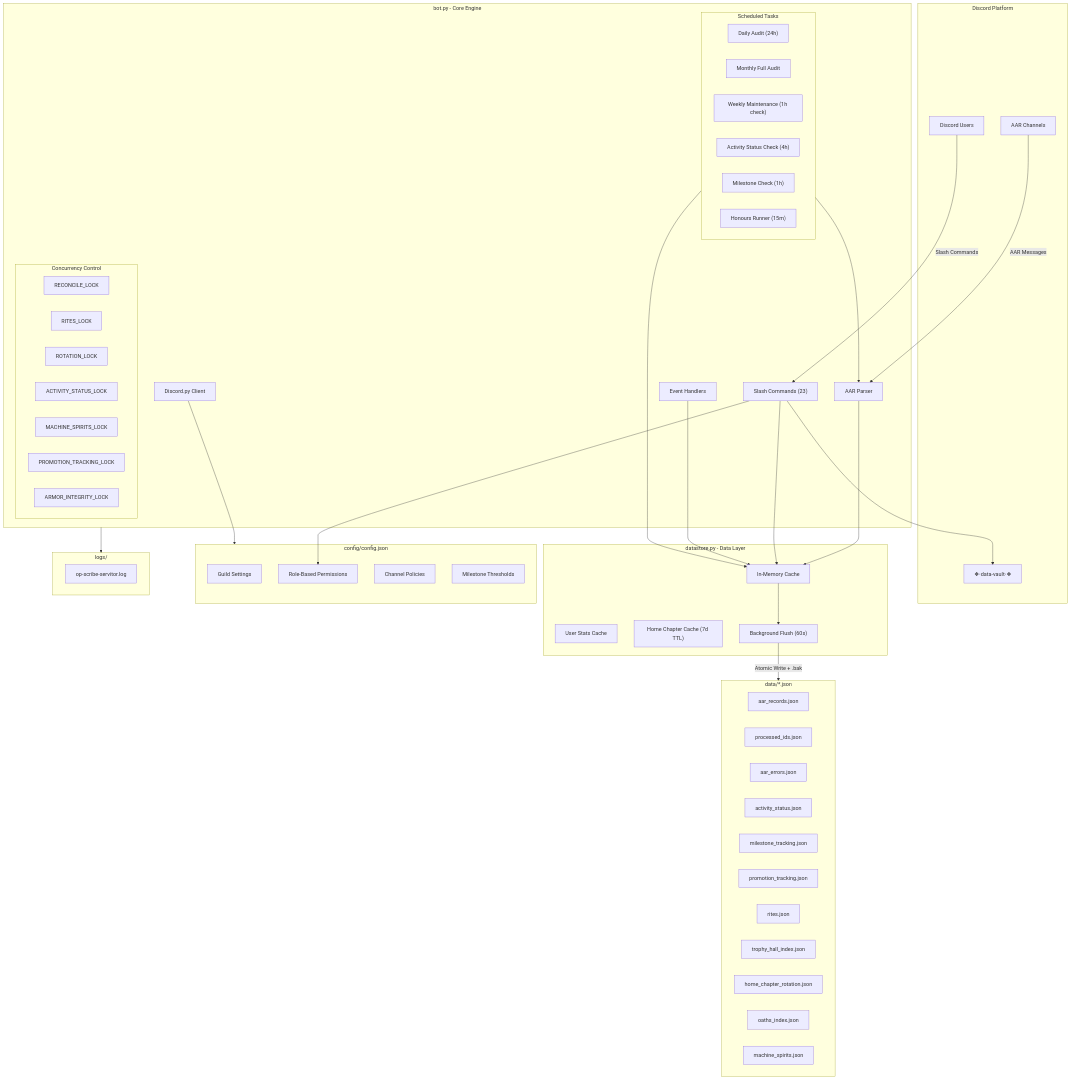
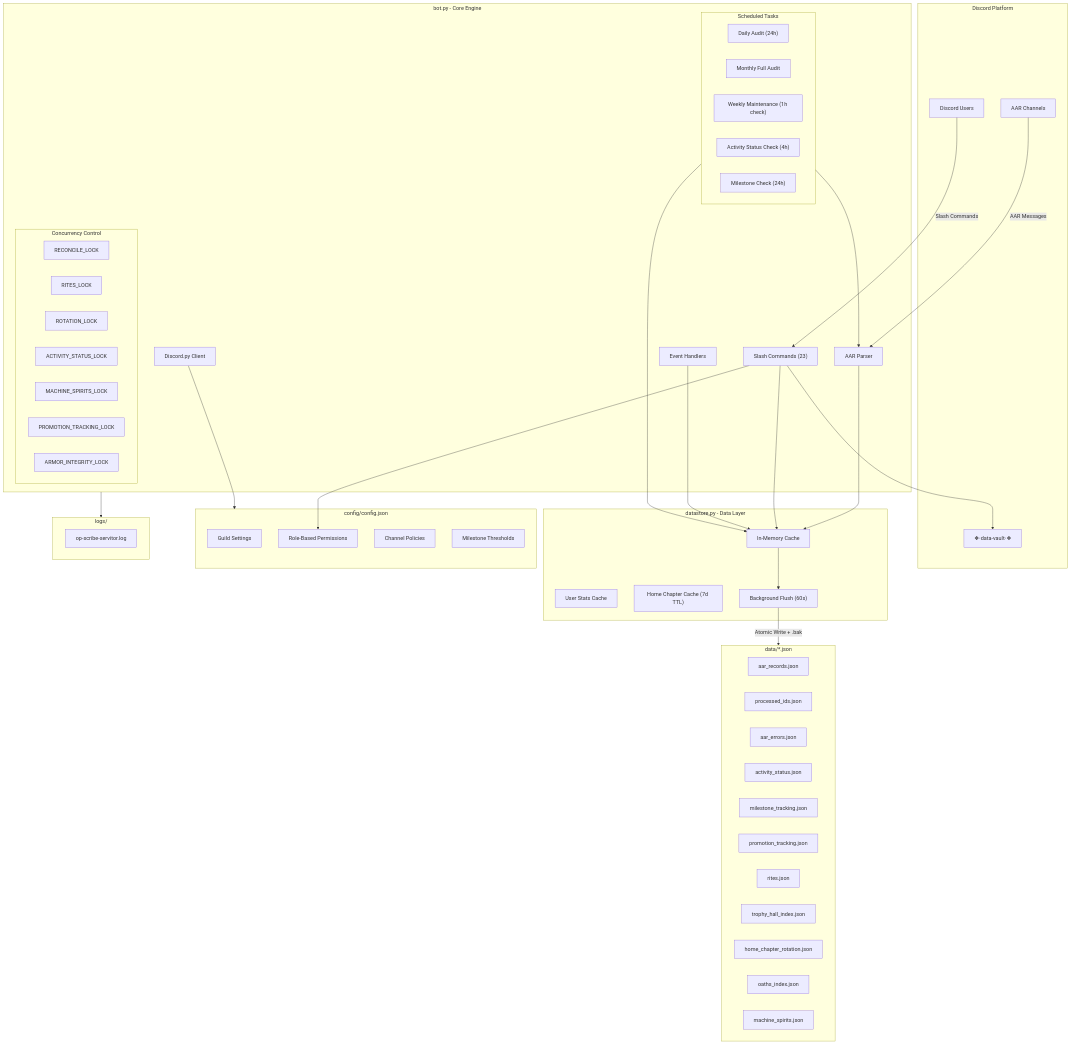
One commit to wfj-dev/op-scribe-servitor changed the diagram in ARCHITECTURE.md. Above: the diagram before and after it, drawn with Mermaid. The commit also changed other lines of this file and 3 other files, not shown here.

```diff
--- a/ARCHITECTURE.md
+++ b/ARCHITECTURE.md
@@ -18,8 +18,7 @@
             MonthlyAudit["Monthly Full Audit"]
             WeeklyMaint["Weekly Maintenance (1h check)"]
             ActivityCheck["Activity Status Check (4h)"]
-            MilestoneCheck["Milestone Check (1h)"]
-            HonoursRunner["Honours Runner (15m)"]
+            MilestoneCheck["Milestone Check (24h)"]
         end
         
         subgraph Locks["Concurrency Control"]
```
